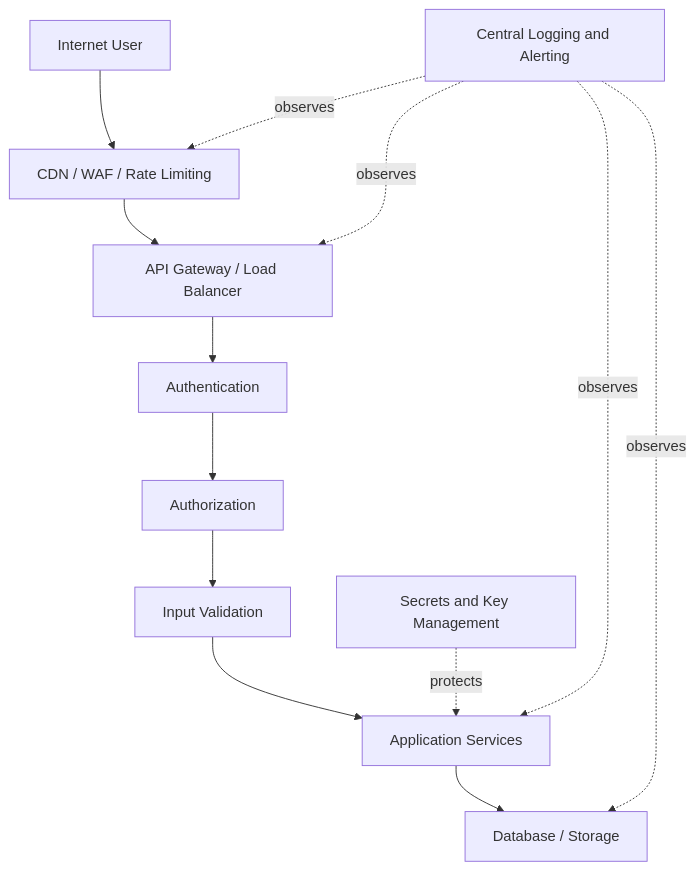
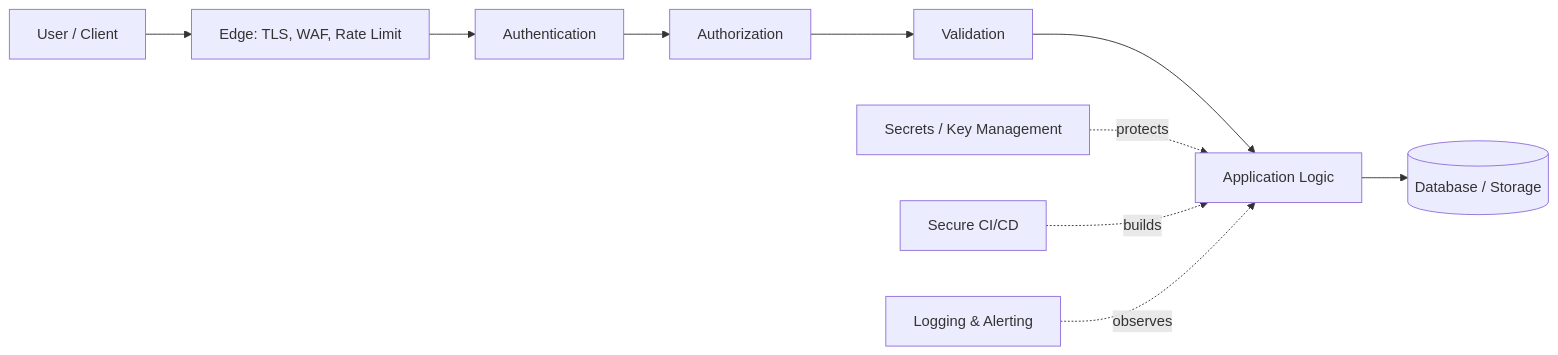
The first of 3 diagrams in src/content/security/owasp-top-10.md (AvadhBhalodiya/Interview-Preparation), drawn with Mermaid before and after one commit. The commit also changed other lines of this file and 54 other files, not shown here.

````diff
--- a/src/content/security/owasp-top-10.md
+++ b/src/content/security/owasp-top-10.md
@@ -23,16 +29,13 @@
 ```mermaid
-flowchart TD
-    U[Internet User] --> E[CDN / WAF / Rate Limiting]
-    E --> G[API Gateway / Load Balancer]
-    G --> A[Authentication]
+flowchart LR
+    U[User / Client] --> E[Edge: TLS, WAF, Rate Limit]
+    E --> A[Authentication]
     A --> Z[Authorization]
-    Z --> V[Input Validation]
-    V --> S[Application Services]
-    S --> D[Database / Storage]
+    Z --> V[Validation]
+    V --> S[Application Logic]
+    S --> D[(Database / Storage)]
 
-    K[Secrets and Key Management] -. protects .-> S
-    L[Central Logging and Alerting] -. observes .-> E
-    L -. observes .-> G
-    L -. observes .-> S
-    L -. observes .-> D
+    K[Secrets / Key Management] -. protects .-> S
+    C[Secure CI/CD] -. builds .-> S
+    L[Logging & Alerting] -. observes .-> S
 ```
````
